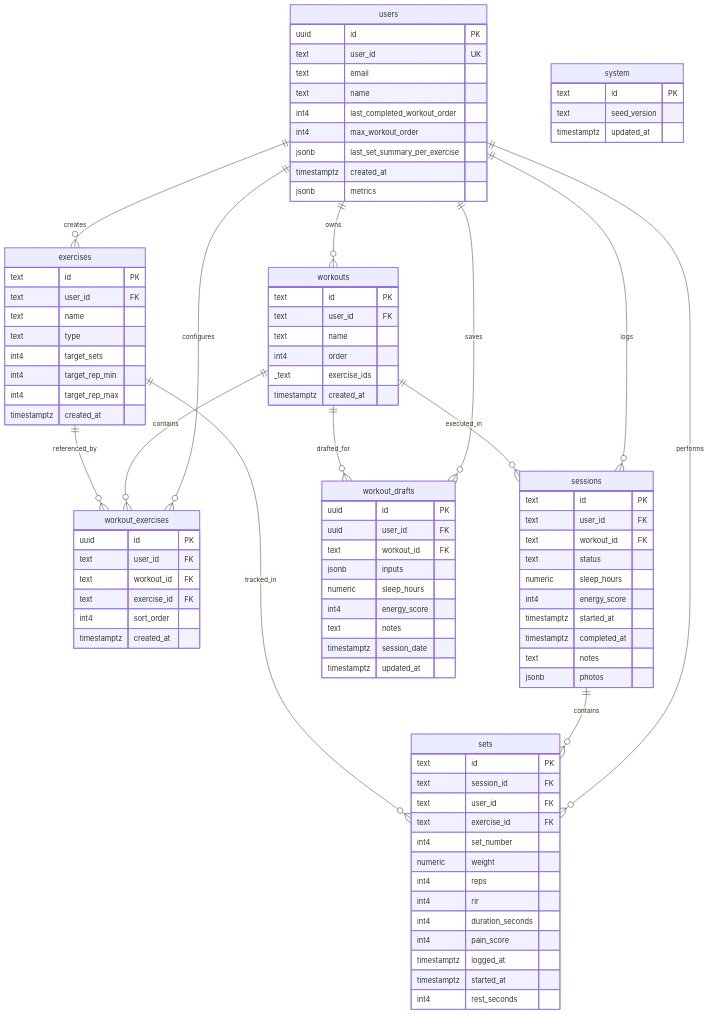
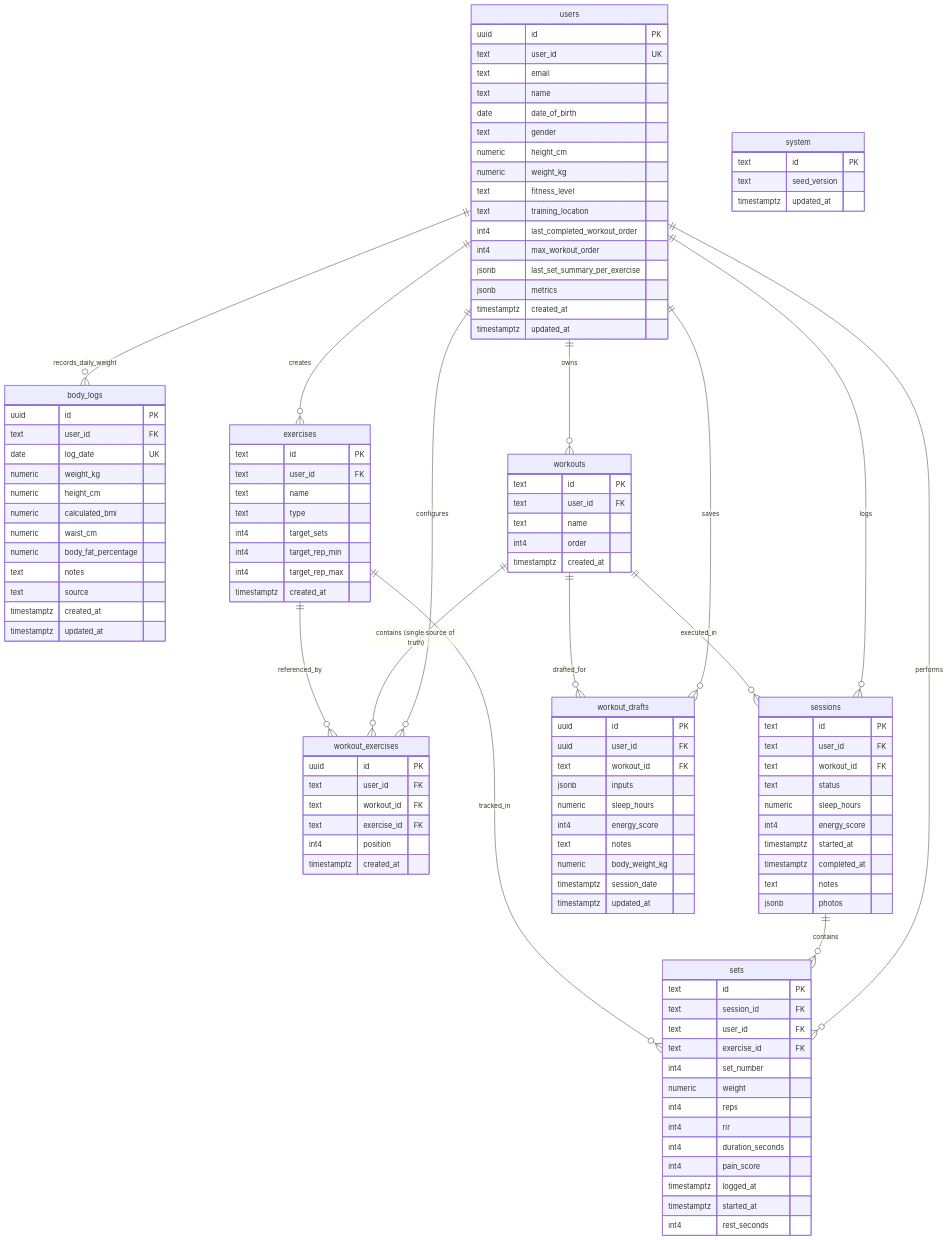
The diagram in ERD.md (angelo-ecosoftware/workout-tracker), drawn with Mermaid before and after one commit. The commit also changed other lines of this file and 4 other files, not shown here.

Commit message:
feat: implement explicit user columns, workout_exercises single source of truth, daily bodyweight & BMI logs with prefilled workout weight

```diff
--- a/ERD.md
+++ b/ERD.md
@@ -13,11 +13,33 @@
         text user_id UK
         text email
         text name
+        date date_of_birth
+        text gender
+        numeric height_cm
+        numeric weight_kg
+        text fitness_level
+        text training_location
         int4 last_completed_workout_order
         int4 max_workout_order
         jsonb last_set_summary_per_exercise
+        jsonb metrics
         timestamptz created_at
-        jsonb metrics
+        timestamptz updated_at
+    }
+
+    body_logs {
+        uuid id PK
+        text user_id FK
+        date log_date UK
+        numeric weight_kg
+        numeric height_cm
+        numeric calculated_bmi
+        numeric waist_cm
+        numeric body_fat_percentage
+        text notes
+        text source
+        timestamptz created_at
+        timestamptz updated_at
     }
 
     workouts {
@@ -25,7 +47,6 @@
         text user_id FK
         text name
         int4 order
-        _text exercise_ids
         timestamptz created_at
     }
 
@@ -45,7 +66,7 @@
         text user_id FK
         text workout_id FK
         text exercise_id FK
-        int4 sort_order
+        int4 position
         timestamptz created_at
     }
 
@@ -86,6 +107,7 @@
         numeric sleep_hours
         int4 energy_score
         text notes
+        numeric body_weight_kg
         timestamptz session_date
         timestamptz updated_at
     }
@@ -101,10 +123,11 @@
     users ||--o{ exercises : "creates"
     users ||--o{ sessions : "logs"
     users ||--o{ sets : "performs"
+    users ||--o{ body_logs : "records_daily_weight"
     users ||--o{ workout_drafts : "saves"
     users ||--o{ workout_exercises : "configures"
 
-    workouts ||--o{ workout_exercises : "contains"
+    workouts ||--o{ workout_exercises : "contains (single source of truth)"
     exercises ||--o{ workout_exercises : "referenced_by"
 
     workouts ||--o{ sessions : "executed_in"
```
